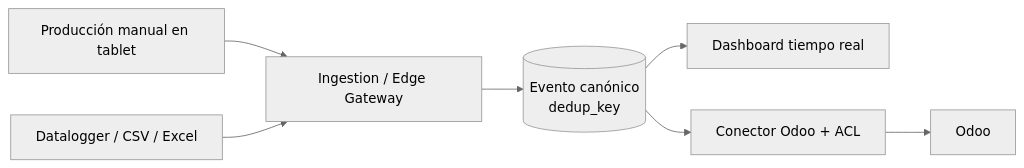
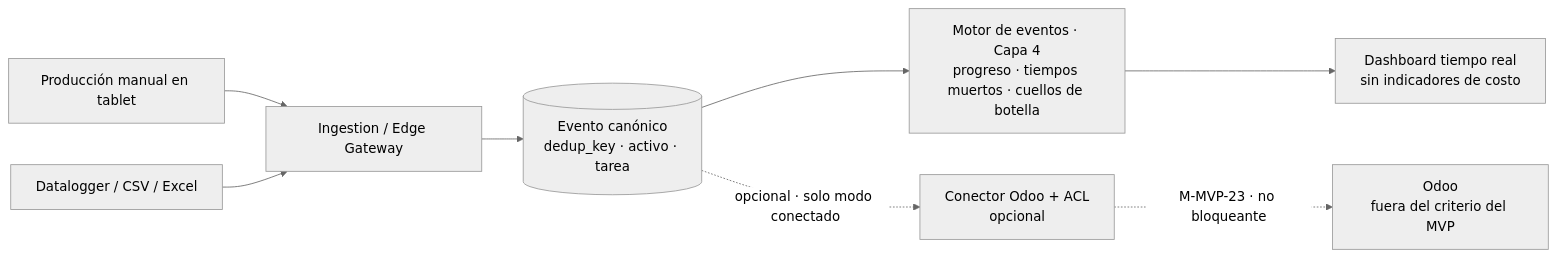
Before and after one commit to buttiepedro/mes: the second of 3 diagrams in docs/specs/roadmap/milestones.md, drawn with Mermaid (neutral theme). The commit also changed other lines of this file and 17 other files, not shown here.

````diff
--- a/docs/specs/roadmap/milestones.md
+++ b/docs/specs/roadmap/milestones.md
@@ -55,9 +67,10 @@
 ```mermaid
 flowchart LR
     OP[Producción manual en tablet] --> ING[Ingestion / Edge Gateway]
     DL[Datalogger / CSV / Excel] --> ING
-    ING --> EVT[(Evento canónico<br/>dedup_key)]
-    EVT --> DASH[Dashboard tiempo real]
-    EVT --> ACL[Conector Odoo + ACL]
-    ACL --> ODOO[Odoo]
+    ING --> EVT[(Evento canónico<br/>dedup_key · activo · tarea)]
+    EVT --> ENG[Motor de eventos · Capa 4<br/>progreso · tiempos muertos · cuellos de botella]
+    ENG --> DASH[Dashboard tiempo real<br/>sin indicadores de costo]
+    EVT -. opcional · solo modo conectado .-> ACL[Conector Odoo + ACL<br/>opcional]
+    ACL -. M-MVP-23 · no bloqueante .-> ODOO[Odoo<br/>fuera del criterio del MVP]
 ```
````
